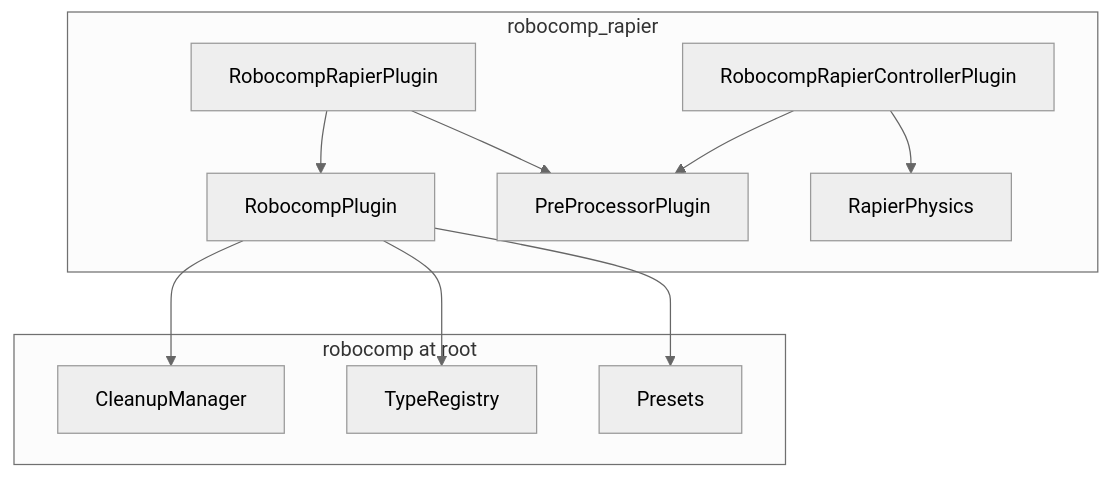
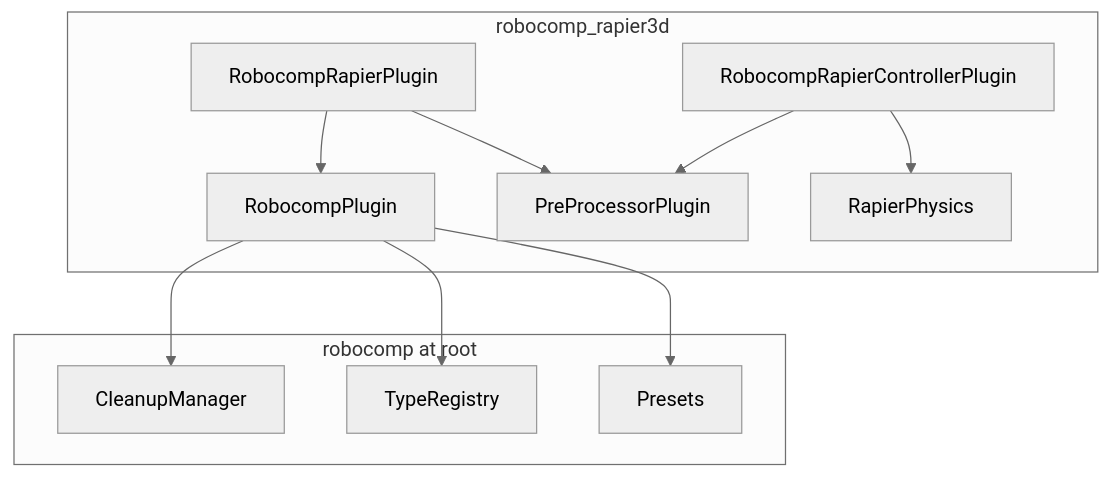
The first of 2 diagrams in .cursor/plans/robocomp_workspace_split_b4e09cb0.plan.md (nilaysavant/robocomp), drawn with Mermaid (neutral theme) before and after one commit. The commit also changed other lines of this file and 20 other files, not shown here.

Commit message:
Rename `robocomp_rapier` to `robocomp_rapier3d`.

````diff
--- a/.cursor/plans/robocomp_workspace_split_b4e09cb0.plan.md
+++ b/.cursor/plans/robocomp_workspace_split_b4e09cb0.plan.md
@@ -110,14 +110,14 @@
 ```mermaid
 flowchart TD
-    subgraph rapier_crate [robocomp_rapier]
+    subgraph rapier_crate [robocomp_rapier3d]
         RobocompRapierPlugin --> RobocompPlugin
         RobocompRapierPlugin --> PreProcessorPlugin
         RobocompRapierControllerPlugin --> PreProcessorPlugin
         RobocompRapierControllerPlugin --> RapierPhysics
     end
     subgraph core_crate [robocomp at root]
         RobocompPlugin --> CleanupManager
         RobocompPlugin --> TypeRegistry
         RobocompPlugin --> Presets
     end
 ```
````
